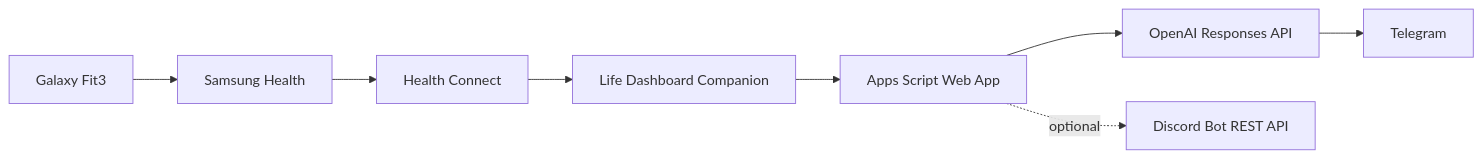
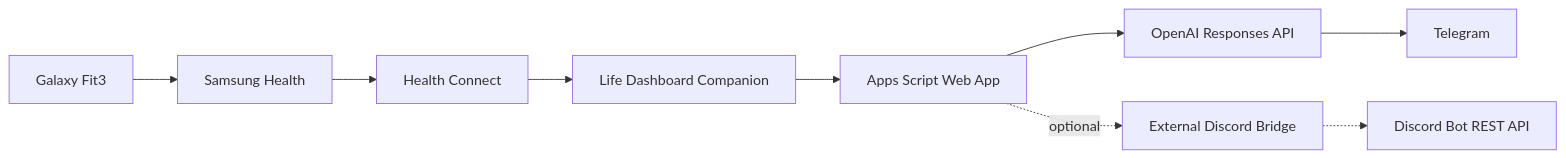
Before and after one commit to 46n/galaxy-fit-health-ai-agent: the diagram in README.md, drawn with Mermaid. The commit also changed other lines of this file and 8 other files, not shown here.

Commit message:
Route Discord output through bridge

````diff
--- a/README.md
+++ b/README.md
@@ -105,10 +105,11 @@
 ```mermaid
 flowchart LR
     A[Galaxy Fit3] --> B[Samsung Health]
     B --> C[Health Connect]
     C --> D[Life Dashboard Companion]
     D --> E[Apps Script Web App]
     E --> F[OpenAI Responses API]
     F --> G[Telegram]
-    E -. optional .-> H[Discord Bot REST API]
+    E -. optional .-> H[External Discord Bridge]
+    H -.-> I[Discord Bot REST API]
 ```
````
